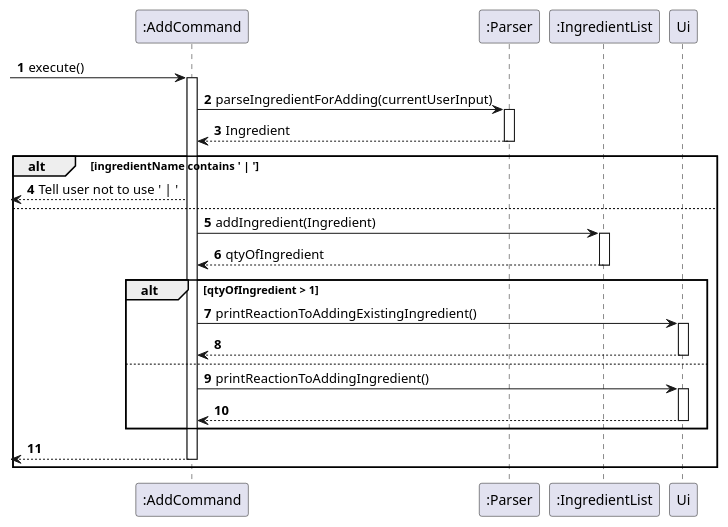
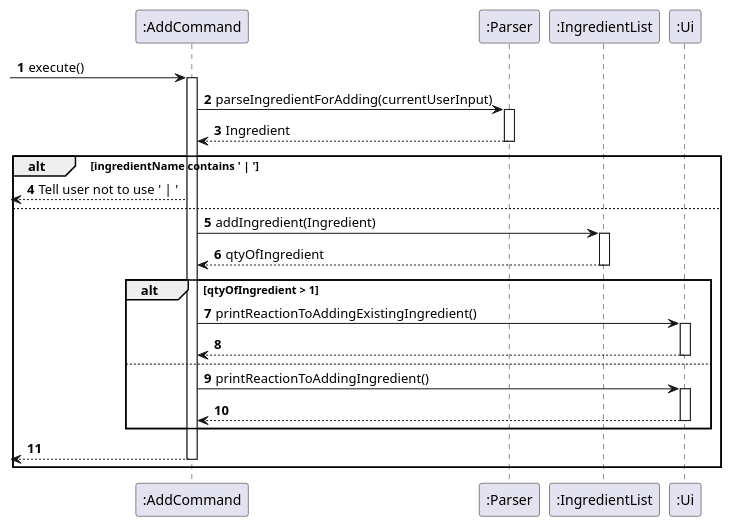
The diagram in docs/umlDiagrams/AddSequence.puml (uosjapuelks/tp), drawn with PlantUML before and after one commit.

Commit message:
Fix Ui entity in AddSequence

```diff
--- a/docs/umlDiagrams/AddSequence.puml
+++ b/docs/umlDiagrams/AddSequence.puml
@@ -1,46 +1,46 @@
 @startuml
 'https://plantuml.com/sequence-diagram
 
 autonumber
 
 -> ":AddCommand": execute()
 activate ":AddCommand"
 
 ":AddCommand" -> ":Parser": parseIngredientForAdding(currentUserInput)
 activate ":Parser"
 ":AddCommand" <-- ":Parser": Ingredient
 deactivate ":Parser"
 
 alt ingredientName contains ' | '
 
     <-- ":AddCommand": Tell user not to use ' | '
 
 else
 
     ":AddCommand" -> ":IngredientList": addIngredient(Ingredient)
     activate ":IngredientList"
 
     ":AddCommand" <-- ":IngredientList": qtyOfIngredient
     deactivate ":IngredientList"
 
     alt qtyOfIngredient > 1
 
-        ":AddCommand" -> Ui: printReactionToAddingExistingIngredient()
-        activate Ui
-        ":AddCommand" <-- Ui
-        deactivate Ui
+        ":AddCommand" -> ":Ui": printReactionToAddingExistingIngredient()
+        activate ":Ui"
+        ":AddCommand" <-- ":Ui"
+        deactivate ":Ui"
 
     else
-        ":AddCommand" -> Ui: printReactionToAddingIngredient()
-        activate Ui
-        ":AddCommand" <-- Ui
-        deactivate Ui
+        ":AddCommand" -> ":Ui": printReactionToAddingIngredient()
+        activate ":Ui"
+        ":AddCommand" <-- ":Ui"
+        deactivate ":Ui"
 
     end
 
     <-- ":AddCommand"
     deactivate ":AddCommand"
 end
 
 
 @enduml
```
